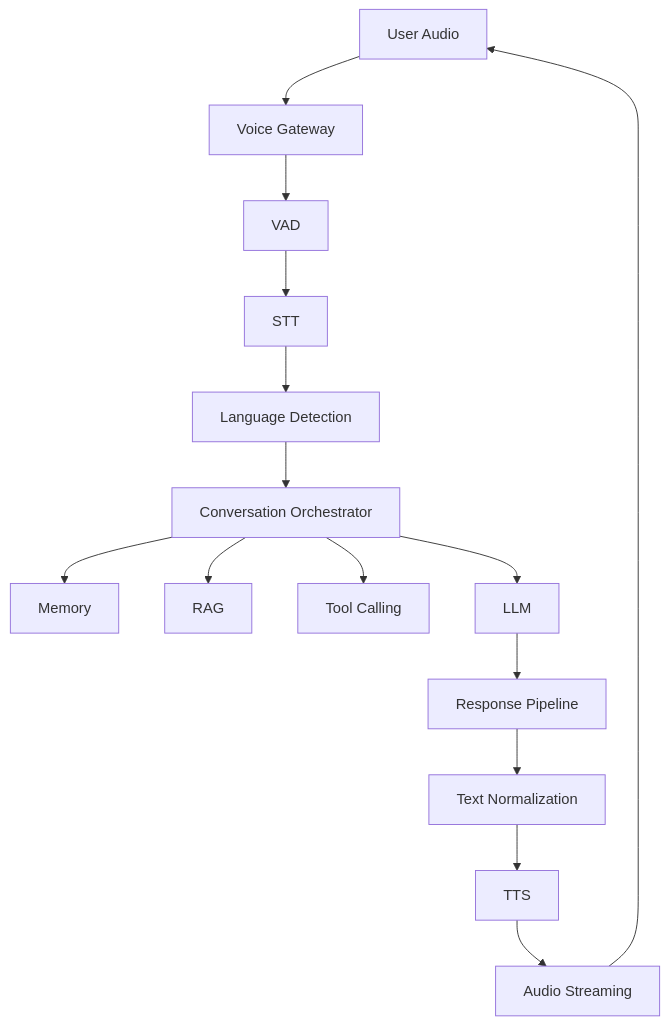
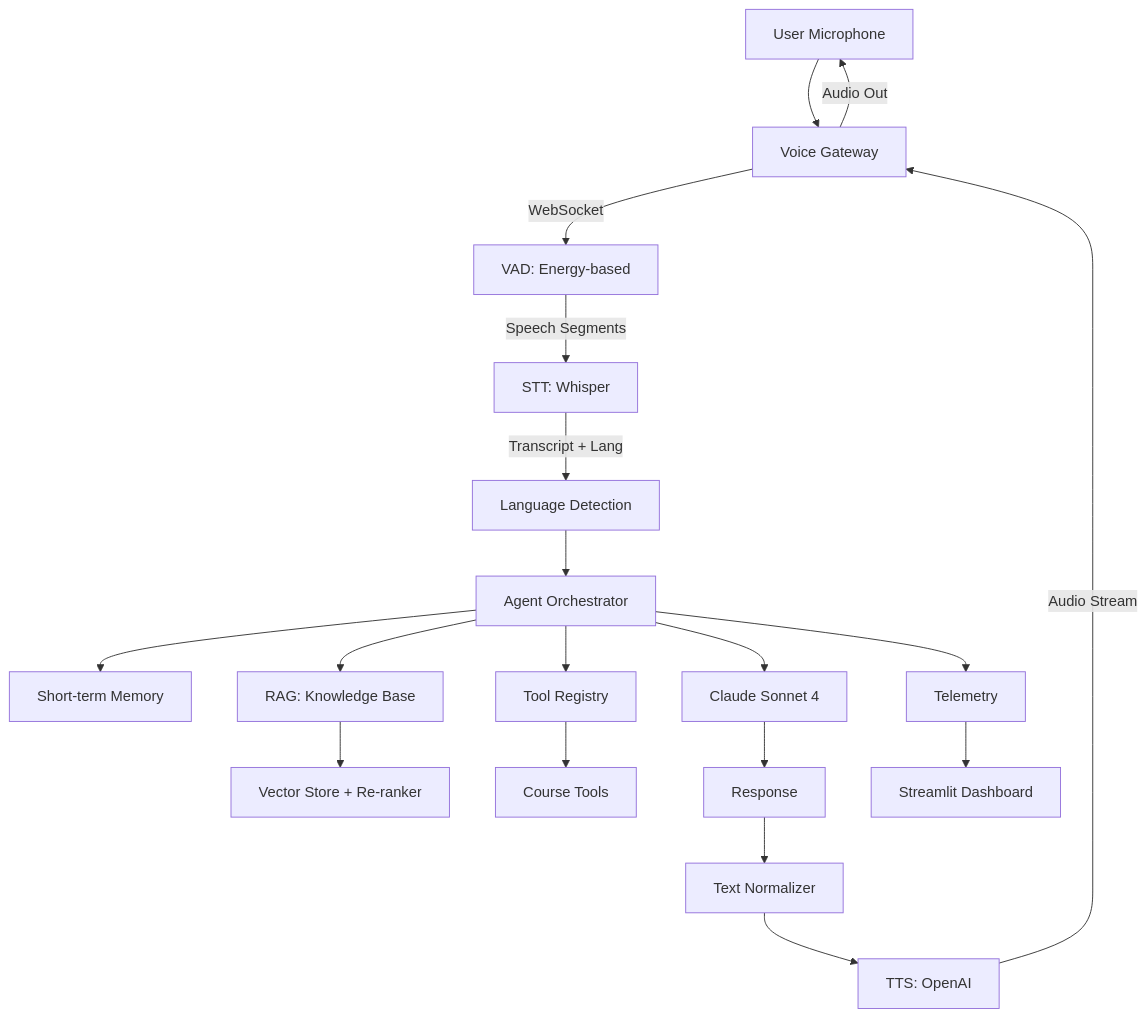
One commit to Sarvagya1212/Multilingual-Indian-Voice-Agent changed the diagram in README.md. Above: the diagram before and after it, drawn with Mermaid. The commit also changed other lines of this file and 4 other files, not shown here.

````diff
--- a/README.md
+++ b/README.md
@@ -18,17 +9,21 @@
 ```mermaid
 graph TD
-    A[User Audio] --> B[Voice Gateway]
-    B --> C[VAD]
-    C --> D[STT]
-    D --> E[Language Detection]
-    E --> F[Conversation Orchestrator]
-    F --> G[Memory]
-    F --> H[RAG]
-    F --> I[Tool Calling]
-    F --> J[LLM]
-    J --> K[Response Pipeline]
-    K --> L[Text Normalization]
-    L --> M[TTS]
-    M --> N[Audio Streaming]
-    N --> A
+    A[User Microphone] --> B[Voice Gateway]
+    B -->|WebSocket| C[VAD: Energy-based]
+    C -->|Speech Segments| D[STT: Whisper]
+    D -->|Transcript + Lang| E[Language Detection]
+    E --> F[Agent Orchestrator]
+    F --> G[Short-term Memory]
+    F --> H[RAG: Knowledge Base]
+    F --> I[Tool Registry]
+    F --> J[Claude Sonnet 4]
+    H --> K[Vector Store + Re-ranker]
+    I --> L[Course Tools]
+    J --> M[Response]
+    M --> N[Text Normalizer]
+    N --> O[TTS: OpenAI]
+    O -->|Audio Stream| B
+    B -->|Audio Out| A
+    F --> P[Telemetry]
+    P --> Q[Streamlit Dashboard]
 ```
````
